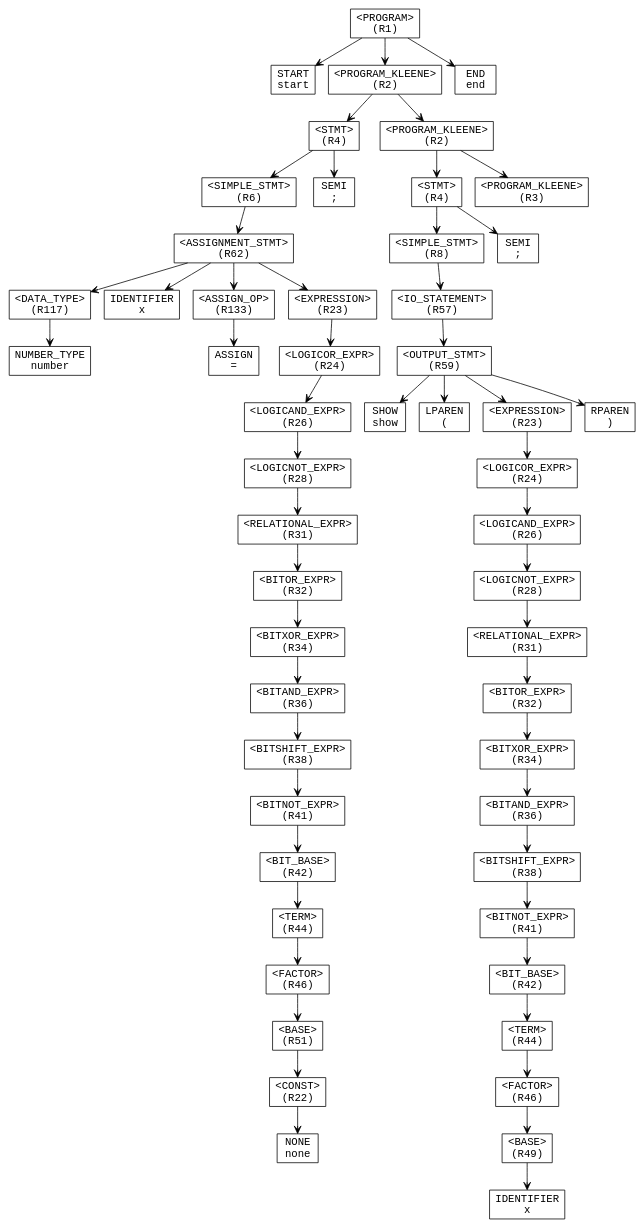
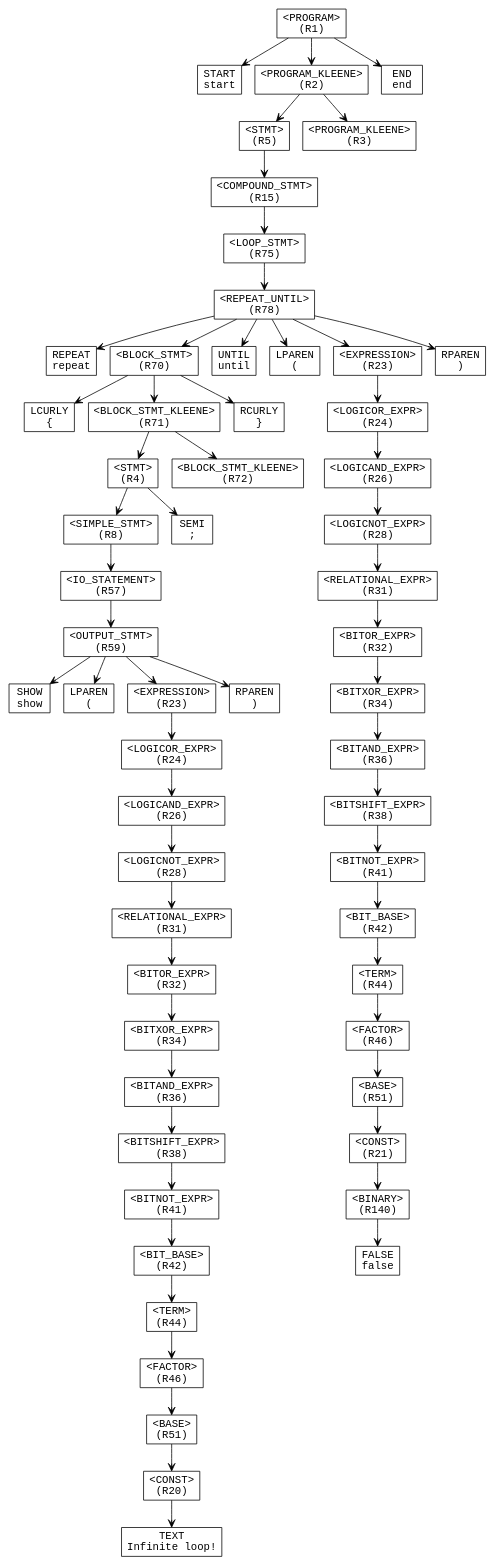
One commit to AjDesuuu/Upspyre-Programming-Language changed the diagram in parse_tree.dot. Above: the diagram before and after it, drawn with Graphviz. The commit also changed 4 other files, not shown here.

```diff
--- a/parse_tree.dot
+++ b/parse_tree.dot
@@ -1,111 +1,121 @@
 digraph ParseTree {
   node [shape=box, fontname="Courier"];
   edge [arrowhead=vee];
-  n4275866 [label="<PROGRAM>\n(R1)"];
-  n1099975486 [label="START\nstart"];
-  n4275866 -> n1099975486;
-  n26476492 [label="<PROGRAM_KLEENE>\n(R2)"];
-  n485081469 [label="<STMT>\n(R4)"];
-  n1356608316 [label="<SIMPLE_STMT>\n(R6)"];
-  n1485080858 [label="<ASSIGNMENT_STMT>\n(R62)"];
-  n1182232665 [label="<DATA_TYPE>\n(R117)"];
-  n340239299 [label="NUMBER_TYPE\nnumber"];
-  n1182232665 -> n340239299;
-  n1485080858 -> n1182232665;
-  n624113572 [label="IDENTIFIER\nx"];
-  n1485080858 -> n624113572;
-  n1501800001 [label="<ASSIGN_OP>\n(R133)"];
-  n604758160 [label="ASSIGN\n="];
-  n1501800001 -> n604758160;
-  n1485080858 -> n1501800001;
-  n226166377 [label="<EXPRESSION>\n(R23)"];
-  n826908277 [label="<LOGICOR_EXPR>\n(R24)"];
-  n1975293875 [label="<LOGICAND_EXPR>\n(R26)"];
-  n248047348 [label="<LOGICNOT_EXPR>\n(R28)"];
-  n1532358922 [label="<RELATIONAL_EXPR>\n(R31)"];
-  n638744099 [label="<BITOR_EXPR>\n(R32)"];
-  n922905693 [label="<BITXOR_EXPR>\n(R34)"];
-  n2117387023 [label="<BITAND_EXPR>\n(R36)"];
-  n169717858 [label="<BITSHIFT_EXPR>\n(R38)"];
-  n1066101868 [label="<BITNOT_EXPR>\n(R41)"];
-  n458202948 [label="<BIT_BASE>\n(R42)"];
-  n1136331673 [label="<TERM>\n(R44)"];
-  n608316716 [label="<FACTOR>\n(R46)"];
-  n1078910404 [label="<BASE>\n(R51)"];
-  n664592182 [label="<CONST>\n(R22)"];
-  n1012989855 [label="NONE\nnone"];
-  n664592182 -> n1012989855;
-  n1078910404 -> n664592182;
-  n608316716 -> n1078910404;
-  n1136331673 -> n608316716;
-  n458202948 -> n1136331673;
+  n569324535 [label="<PROGRAM>\n(R1)"];
+  n1750200725 [label="START\nstart"];
+  n569324535 -> n1750200725;
+  n334939070 [label="<PROGRAM_KLEENE>\n(R2)"];
+  n708589066 [label="<STMT>\n(R5)"];
+  n1104748438 [label="<COMPOUND_STMT>\n(R15)"];
+  n1099975486 [label="<LOOP_STMT>\n(R75)"];
+  n1692310401 [label="<REPEAT_UNTIL>\n(R78)"];
+  n790195574 [label="REPEAT\nrepeat"];
+  n1692310401 -> n790195574;
+  n649458348 [label="<BLOCK_STMT>\n(R70)"];
+  n1707050239 [label="LCURLY\n{"];
+  n649458348 -> n1707050239;
+  n1974274394 [label="<BLOCK_STMT_KLEENE>\n(R71)"];
+  n297515076 [label="<STMT>\n(R4)"];
+  n403839053 [label="<SIMPLE_STMT>\n(R8)"];
+  n26476492 [label="<IO_STATEMENT>\n(R57)"];
+  n485081469 [label="<OUTPUT_STMT>\n(R59)"];
+  n1356608316 [label="SHOW\nshow"];
+  n485081469 -> n1356608316;
+  n1485080858 [label="LPAREN\n("];
+  n485081469 -> n1485080858;
+  n1182232665 [label="<EXPRESSION>\n(R23)"];
+  n340239299 [label="<LOGICOR_EXPR>\n(R24)"];
+  n624113572 [label="<LOGICAND_EXPR>\n(R26)"];
+  n1501800001 [label="<LOGICNOT_EXPR>\n(R28)"];
+  n604758160 [label="<RELATIONAL_EXPR>\n(R31)"];
+  n226166377 [label="<BITOR_EXPR>\n(R32)"];
+  n826908277 [label="<BITXOR_EXPR>\n(R34)"];
+  n1975293875 [label="<BITAND_EXPR>\n(R36)"];
+  n248047348 [label="<BITSHIFT_EXPR>\n(R38)"];
+  n1532358922 [label="<BITNOT_EXPR>\n(R41)"];
+  n638744099 [label="<BIT_BASE>\n(R42)"];
+  n922905693 [label="<TERM>\n(R44)"];
+  n2117387023 [label="<FACTOR>\n(R46)"];
+  n169717858 [label="<BASE>\n(R51)"];
+  n1066101868 [label="<CONST>\n(R20)"];
+  n458202948 [label="TEXT\nInfinite loop!"];
   n1066101868 -> n458202948;
   n169717858 -> n1066101868;
   n2117387023 -> n169717858;
   n922905693 -> n2117387023;
   n638744099 -> n922905693;
   n1532358922 -> n638744099;
   n248047348 -> n1532358922;
   n1975293875 -> n248047348;
   n826908277 -> n1975293875;
   n226166377 -> n826908277;
-  n1485080858 -> n226166377;
-  n1356608316 -> n1485080858;
-  n485081469 -> n1356608316;
-  n167681650 [label="SEMI\n;"];
-  n485081469 -> n167681650;
+  n604758160 -> n226166377;
+  n1501800001 -> n604758160;
+  n624113572 -> n1501800001;
+  n340239299 -> n624113572;
+  n1182232665 -> n340239299;
+  n485081469 -> n1182232665;
+  n1136331673 [label="RPAREN\n)"];
+  n485081469 -> n1136331673;
   n26476492 -> n485081469;
-  n1063834228 [label="<PROGRAM_KLEENE>\n(R2)"];
-  n2127351744 [label="<STMT>\n(R4)"];
-  n1164663681 [label="<SIMPLE_STMT>\n(R8)"];
-  n941314128 [label="<IO_STATEMENT>\n(R57)"];
-  n1092214357 [label="<OUTPUT_STMT>\n(R59)"];
-  n1504951161 [label="SHOW\nshow"];
-  n1092214357 -> n1504951161;
-  n1176192157 [label="LPAREN\n("];
-  n1092214357 -> n1176192157;
-  n610276830 [label="<EXPRESSION>\n(R23)"];
-  n730106993 [label="<LOGICOR_EXPR>\n(R24)"];
-  n1873318411 [label="<LOGICAND_EXPR>\n(R26)"];
-  n1938492623 [label="<LOGICNOT_EXPR>\n(R28)"];
-  n1465985413 [label="<RELATIONAL_EXPR>\n(R31)"];
-  n1485422620 [label="<BITOR_EXPR>\n(R32)"];
-  n1939487180 [label="<BITXOR_EXPR>\n(R34)"];
-  n1482468868 [label="<BITAND_EXPR>\n(R36)"];
-  n103778699 [label="<BITSHIFT_EXPR>\n(R38)"];
-  n279978098 [label="<BITNOT_EXPR>\n(R41)"];
-  n843460593 [label="<BIT_BASE>\n(R42)"];
-  n265788211 [label="<TERM>\n(R44)"];
-  n1976445075 [label="<FACTOR>\n(R46)"];
-  n1693197800 [label="<BASE>\n(R49)"];
-  n1733732131 [label="IDENTIFIER\nx"];
-  n1693197800 -> n1733732131;
-  n1976445075 -> n1693197800;
-  n265788211 -> n1976445075;
-  n843460593 -> n265788211;
-  n279978098 -> n843460593;
+  n403839053 -> n26476492;
+  n297515076 -> n403839053;
+  n608316716 [label="SEMI\n;"];
+  n297515076 -> n608316716;
+  n1974274394 -> n297515076;
+  n1078910404 [label="<BLOCK_STMT_KLEENE>\n(R72)"];
+  n1974274394 -> n1078910404;
+  n649458348 -> n1974274394;
+  n664592182 [label="RCURLY\n}"];
+  n649458348 -> n664592182;
+  n1692310401 -> n649458348;
+  n1012989855 [label="UNTIL\nuntil"];
+  n1692310401 -> n1012989855;
+  n167681650 [label="LPAREN\n("];
+  n1692310401 -> n167681650;
+  n1063834228 [label="<EXPRESSION>\n(R23)"];
+  n2127351744 [label="<LOGICOR_EXPR>\n(R24)"];
+  n1164663681 [label="<LOGICAND_EXPR>\n(R26)"];
+  n941314128 [label="<LOGICNOT_EXPR>\n(R28)"];
+  n1092214357 [label="<RELATIONAL_EXPR>\n(R31)"];
+  n1504951161 [label="<BITOR_EXPR>\n(R32)"];
+  n1176192157 [label="<BITXOR_EXPR>\n(R34)"];
+  n610276830 [label="<BITAND_EXPR>\n(R36)"];
+  n730106993 [label="<BITSHIFT_EXPR>\n(R38)"];
+  n1873318411 [label="<BITNOT_EXPR>\n(R41)"];
+  n1938492623 [label="<BIT_BASE>\n(R42)"];
+  n1465985413 [label="<TERM>\n(R44)"];
+  n1485422620 [label="<FACTOR>\n(R46)"];
+  n1939487180 [label="<BASE>\n(R51)"];
+  n1482468868 [label="<CONST>\n(R21)"];
+  n103778699 [label="<BINARY>\n(R140)"];
+  n279978098 [label="FALSE\nfalse"];
   n103778699 -> n279978098;
   n1482468868 -> n103778699;
   n1939487180 -> n1482468868;
   n1485422620 -> n1939487180;
   n1465985413 -> n1485422620;
   n1938492623 -> n1465985413;
   n1873318411 -> n1938492623;
   n730106993 -> n1873318411;
   n610276830 -> n730106993;
-  n1092214357 -> n610276830;
-  n1424729849 [label="RPAREN\n)"];
-  n1092214357 -> n1424729849;
+  n1176192157 -> n610276830;
+  n1504951161 -> n1176192157;
+  n1092214357 -> n1504951161;
   n941314128 -> n1092214357;
   n1164663681 -> n941314128;
   n2127351744 -> n1164663681;
-  n1348830791 [label="SEMI\n;"];
-  n2127351744 -> n1348830791;
   n1063834228 -> n2127351744;
-  n1428372166 [label="<PROGRAM_KLEENE>\n(R3)"];
-  n1063834228 -> n1428372166;
-  n26476492 -> n1063834228;
-  n4275866 -> n26476492;
-  n127852798 [label="END\nend"];
-  n4275866 -> n127852798;
+  n1692310401 -> n1063834228;
+  n843460593 [label="RPAREN\n)"];
+  n1692310401 -> n843460593;
+  n1099975486 -> n1692310401;
+  n1104748438 -> n1099975486;
+  n708589066 -> n1104748438;
+  n334939070 -> n708589066;
+  n265788211 [label="<PROGRAM_KLEENE>\n(R3)"];
+  n334939070 -> n265788211;
+  n569324535 -> n334939070;
+  n1976445075 [label="END\nend"];
+  n569324535 -> n1976445075;
 }
```
